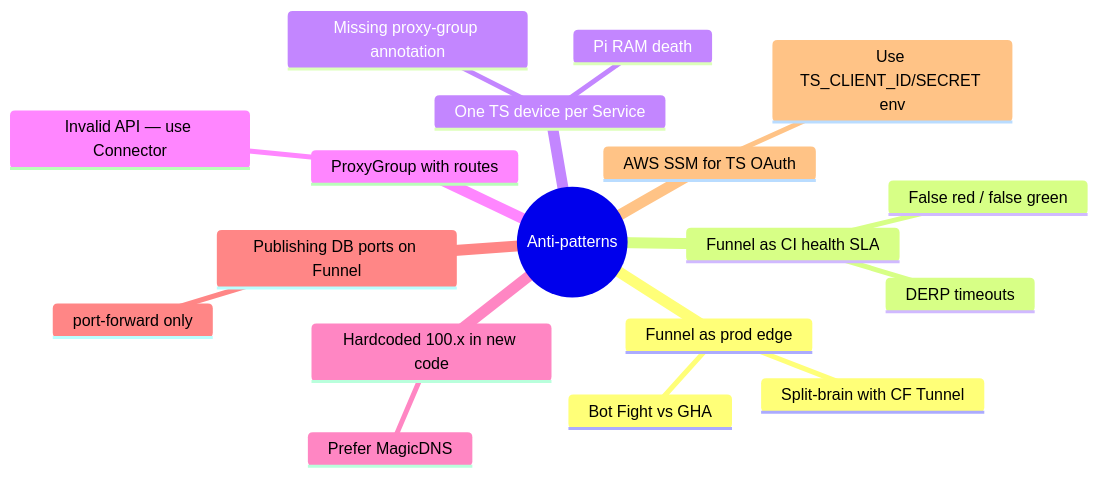
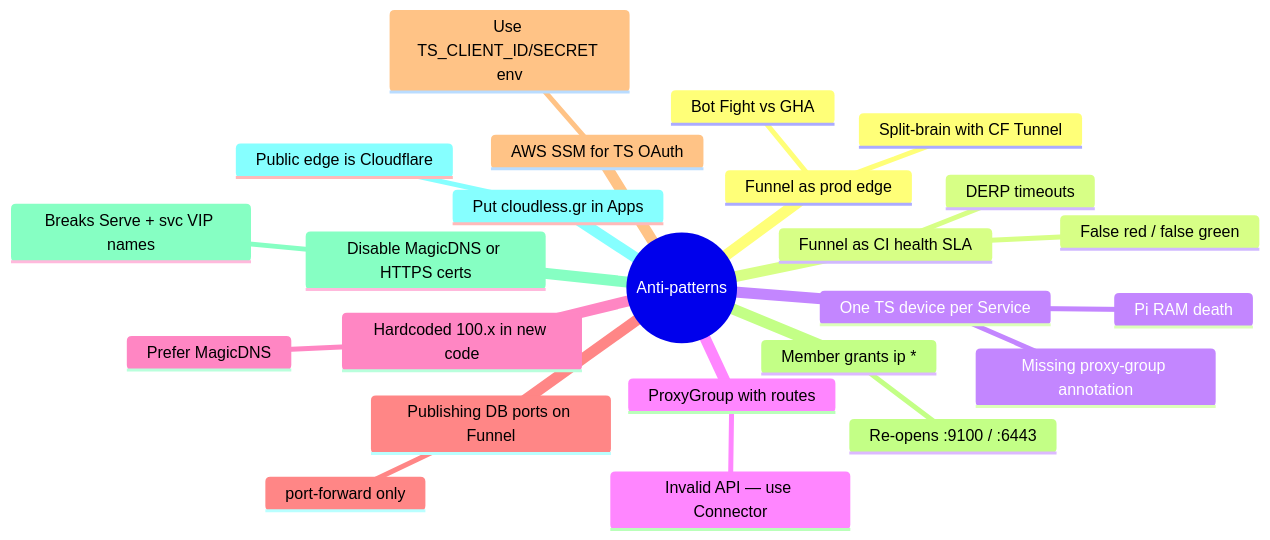
Before and after one commit to Themis128/cloudless.gr: the tenth of 11 diagrams in docs/cluster/TAILSCALE-FABRIC.md, drawn with Mermaid. The commit also changed other lines of this file and 4 other files, not shown here.

First line of the commit message:
docs(tailscale): document DNS, hardened ACL, Apps, and VIP Services

````diff
--- a/docs/cluster/TAILSCALE-FABRIC.md
+++ b/docs/cluster/TAILSCALE-FABRIC.md
@@ -315,21 +366,27 @@
 ```mermaid
 mindmap
   root((Anti-patterns))
     Funnel as prod edge
       Bot Fight vs GHA
       Split-brain with CF Tunnel
     Funnel as CI health SLA
       DERP timeouts
       False red / false green
     One TS device per Service
       Missing proxy-group annotation
       Pi RAM death
     ProxyGroup with routes
       Invalid API — use Connector
     Hardcoded 100.x in new code
       Prefer MagicDNS
     Publishing DB ports on Funnel
       port-forward only
     AWS SSM for TS OAuth
       Use TS_CLIENT_ID/SECRET env
+    Member grants ip *
+      Re-opens :9100 / :6443
+    Disable MagicDNS or HTTPS certs
+      Breaks Serve + svc VIP names
+    Put cloudless.gr in Apps
+      Public edge is Cloudflare
 ```
````
